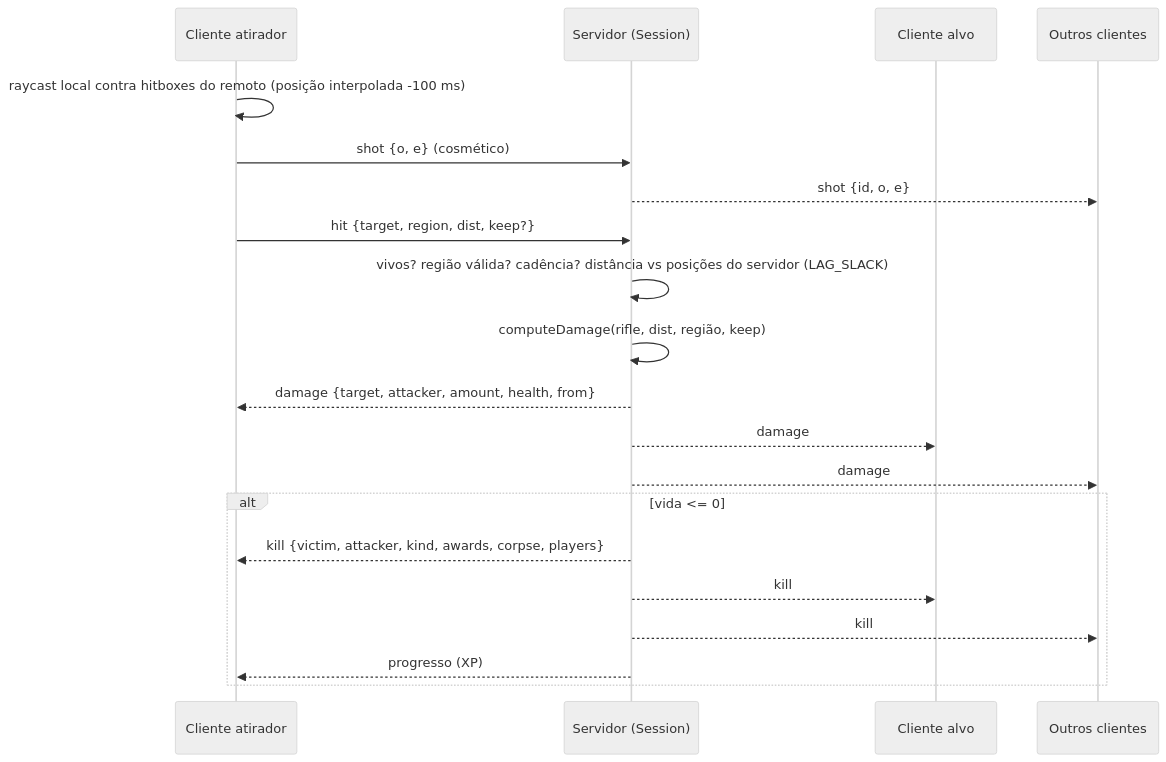
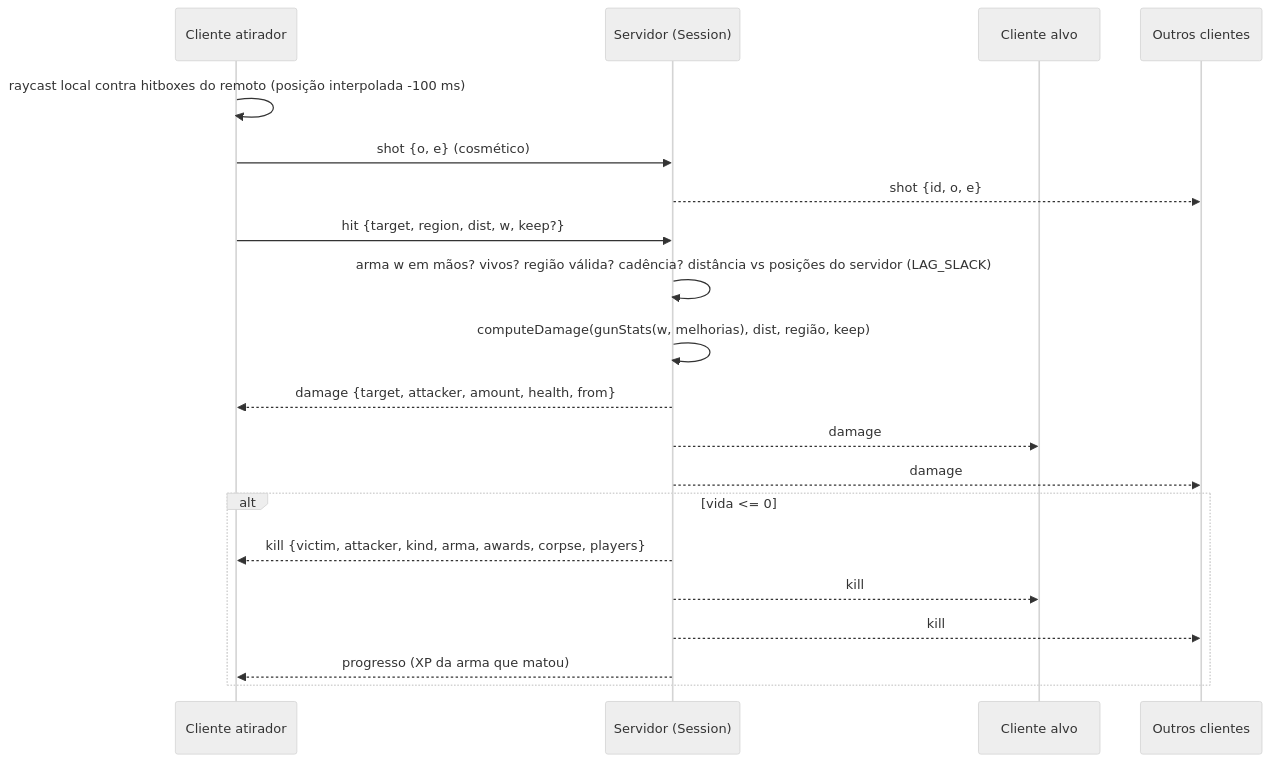
The diagram in Game-Vault/10 - Networking & Multiplayer/Client Server Model.md (JPLabussiereF/offensive-combat-reload), drawn with Mermaid (neutral theme) before and after one commit. The commit also changed other lines of this file and 123 other files, not shown here.

````diff
--- a/Game-Vault/10 - Networking & Multiplayer/Client Server Model.md
+++ b/Game-Vault/10 - Networking & Multiplayer/Client Server Model.md
@@ -52,22 +55,22 @@
 ```mermaid
 sequenceDiagram
     participant A as Cliente atirador
     participant S as Servidor (Session)
     participant B as Cliente alvo
     participant O as Outros clientes
     A->>A: raycast local contra hitboxes do remoto (posição interpolada -100 ms)
     A->>S: shot {o, e} (cosmético)
     S-->>O: shot {id, o, e}
-    A->>S: hit {target, region, dist, keep?}
-    S->>S: vivos? região válida? cadência? distância vs posições do servidor (LAG_SLACK)
-    S->>S: computeDamage(rifle, dist, região, keep)
+    A->>S: hit {target, region, dist, w, keep?}
+    S->>S: arma w em mãos? vivos? região válida? cadência? distância vs posições do servidor (LAG_SLACK)
+    S->>S: computeDamage(gunStats(w, melhorias), dist, região, keep)
     S-->>A: damage {target, attacker, amount, health, from}
     S-->>B: damage
     S-->>O: damage
     alt vida <= 0
-      S-->>A: kill {victim, attacker, kind, awards, corpse, players}
+      S-->>A: kill {victim, attacker, kind, arma, awards, corpse, players}
       S-->>B: kill
       S-->>O: kill
-      S-->>A: progresso (XP)
+      S-->>A: progresso (XP da arma que matou)
     end
 ```
````
